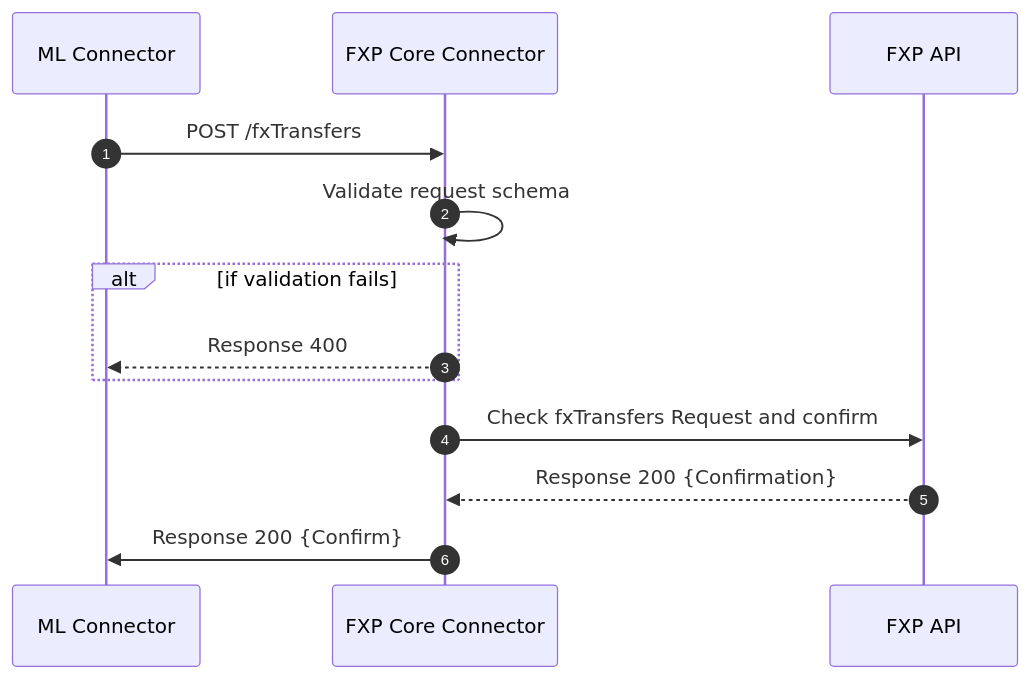
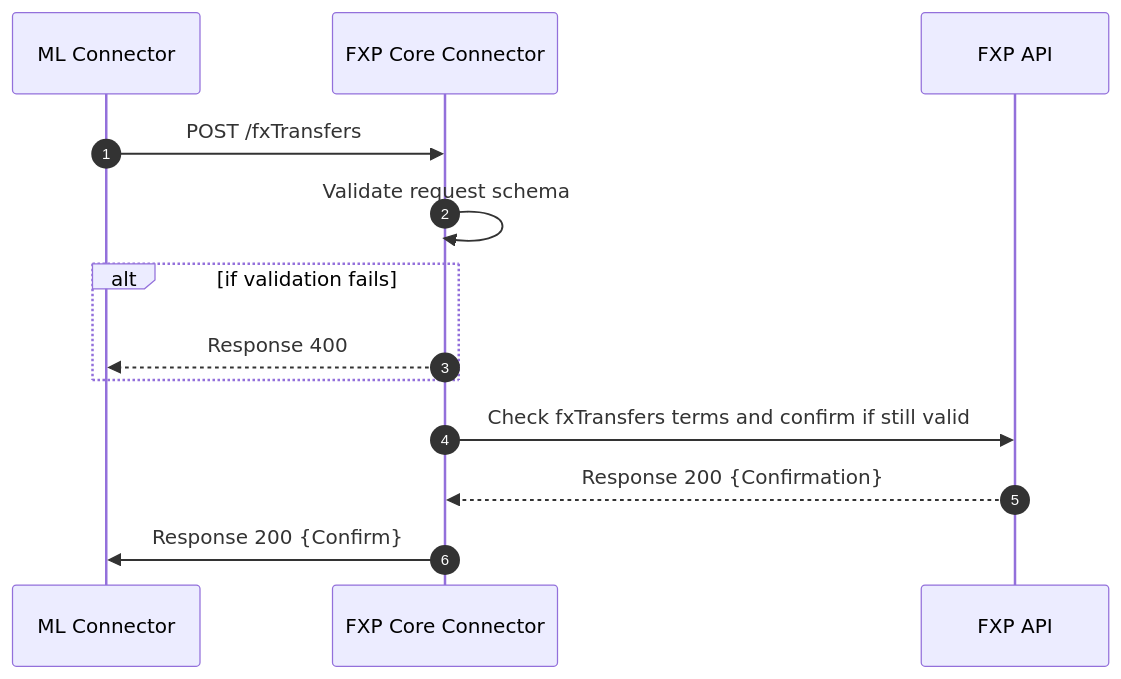
The first of 2 diagrams in packages/core-connector-lib/docs/fxp/fxp-fxTransfers.md (mojaloop/ml-reference-connectors), drawn with Mermaid before and after one commit. The commit also changed other lines of this file and 88 other files, not shown here.

Commit message:
feat: implemented connector lib for fxp and dfsp connectors

````diff
--- a/packages/core-connector-lib/docs/fxp/fxp-fxTransfers.md
+++ b/packages/core-connector-lib/docs/fxp/fxp-fxTransfers.md
@@ -5,12 +8,12 @@
 ```mermaid
 sequenceDiagram
     autonumber
     ML Connector ->> FXP Core Connector: POST /fxTransfers
     FXP Core Connector ->> FXP Core Connector: Validate request schema
     Alt if validation fails
     FXP Core Connector -->> ML Connector: Response 400
     End
-    FXP Core Connector ->> FXP API: Check fxTransfers Request and confirm
+    FXP Core Connector ->> FXP API: Check fxTransfers terms and confirm if still valid
     FXP API -->> FXP Core Connector: Response 200 {Confirmation}
     FXP Core Connector ->> ML Connector:  Response 200 {Confirm}
 ```
````
